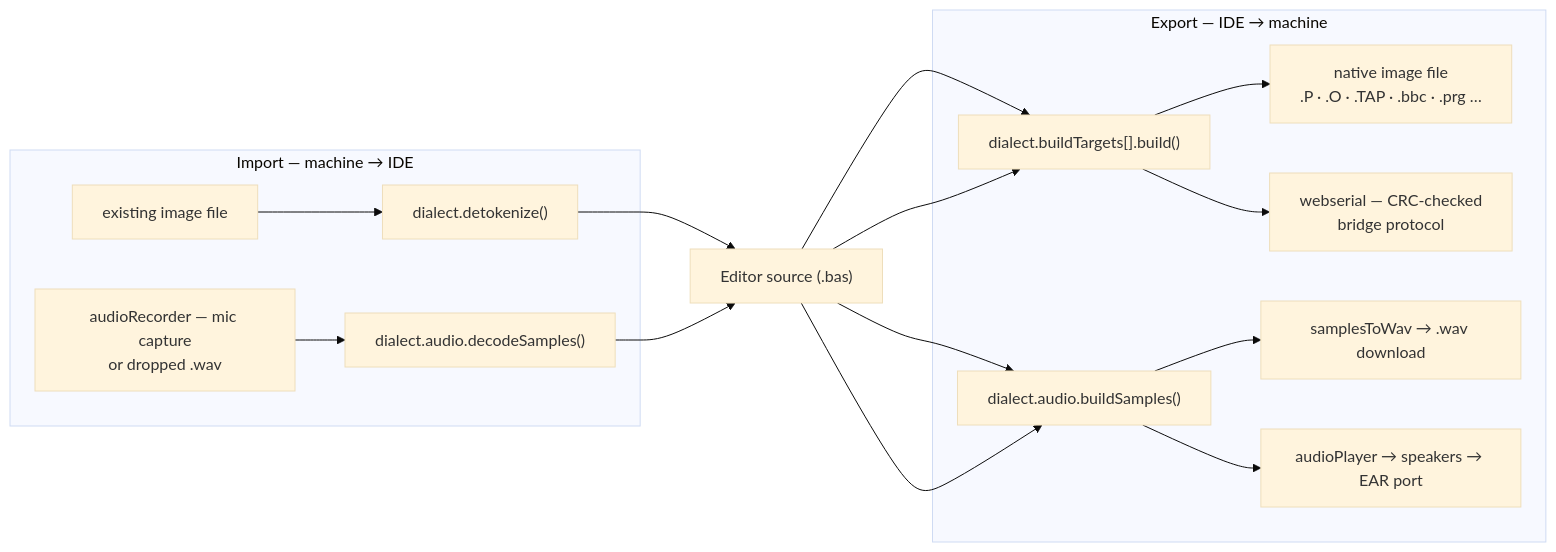
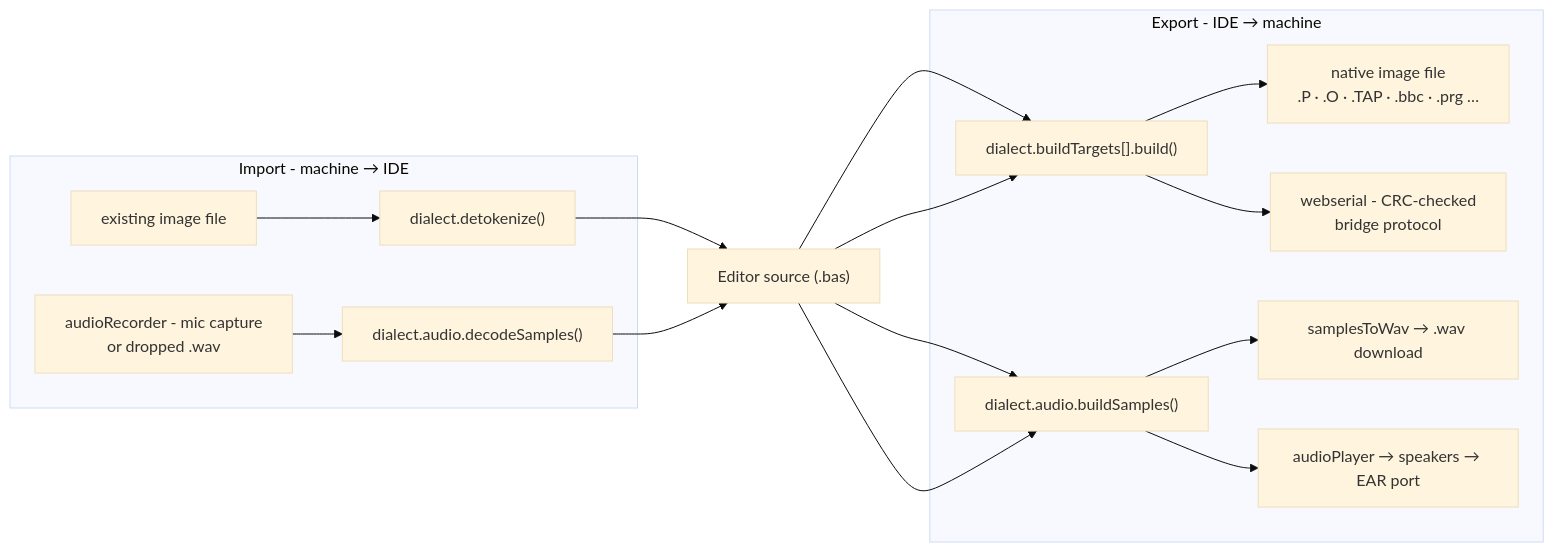
Before and after one commit to seanhodges/basically: the seventh of 7 diagrams in docs/contributing/architecture.md, drawn with Mermaid (base theme). The commit also changed other lines of this file and 247 other files, not shown here.

Commit message:
Add share link and return to IDE flows

````diff
--- a/docs/contributing/architecture.md
+++ b/docs/contributing/architecture.md
@@ -331,27 +331,27 @@
 ```mermaid
 flowchart LR
   editor["Editor source (.bas)"]
 
-  subgraph export ["Export — IDE → machine"]
+  subgraph export ["Export - IDE → machine"]
     build["dialect.buildTargets[].build()"]
     enc["dialect.audio.buildSamples()"]
     imgfile["native image file<br/>.P · .O · .TAP · .bbc · .prg …"]
     wav["samplesToWav → .wav download"]
     speaker["audioPlayer → speakers → EAR port"]
-    serial["webserial — CRC-checked<br/>bridge protocol"]
+    serial["webserial - CRC-checked<br/>bridge protocol"]
   end
 
-  subgraph import ["Import — machine → IDE"]
+  subgraph import ["Import - machine → IDE"]
     binfile["existing image file"]
-    mic["audioRecorder — mic capture<br/>or dropped .wav"]
+    mic["audioRecorder - mic capture<br/>or dropped .wav"]
     dec["dialect.audio.decodeSamples()"]
     detok["dialect.detokenize()"]
   end
 
   editor --> build --> imgfile
   editor --> build --> serial
   editor --> enc --> wav
   editor --> enc --> speaker
   binfile --> detok --> editor
   mic --> dec --> editor
 ```
````
